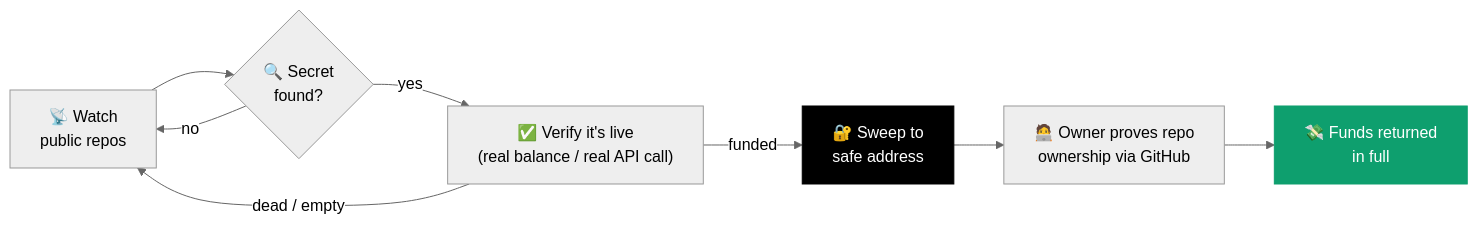
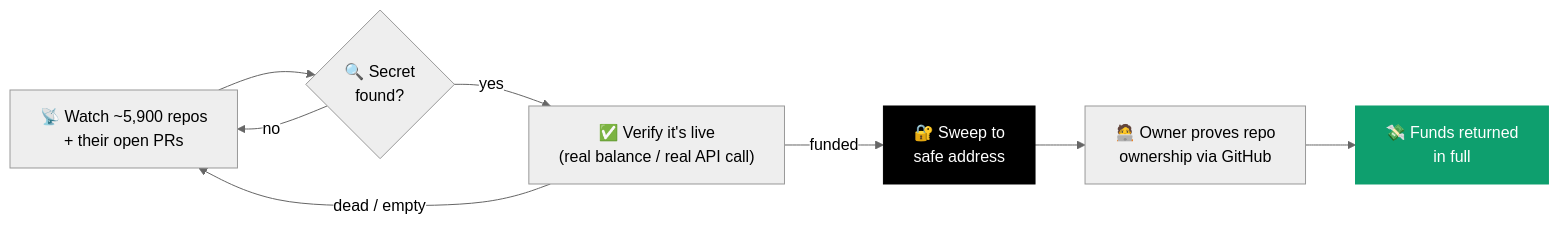
Before and after one commit to justbiar/aegis: the first of 2 diagrams in README.md, drawn with Mermaid (neutral theme). The commit also changed other lines of this file, not shown here.

Commit message:
Bring the README up to what the scanner actually does: three passes over ~5,900 repos and their PRs, masked findings, batched pool payouts, and what the payment endpoint can honestly verify

````diff
--- a/README.md
+++ b/README.md
@@ -32,13 +32,13 @@
 ```mermaid
 flowchart LR
-    A["📡 Watch<br/>public repos"] --> B{"🔍 Secret<br/>found?"}
+    A["📡 Watch ~5,900 repos<br/>+ their open PRs"] --> B{"🔍 Secret<br/>found?"}
     B -- no --> A
     B -- yes --> C["✅ Verify it's live<br/>(real balance / real API call)"]
     C -- dead / empty --> A
     C -- funded --> D["🔐 Sweep to<br/>safe address"]
     D --> E["🧑‍💻 Owner proves repo<br/>ownership via GitHub"]
     E --> F["💸 Funds returned<br/>in full"]
 
     style D fill:#000,stroke:#000,color:#fff
     style F fill:#0e9f6e,stroke:#0e9f6e,color:#fff
 ```
````
